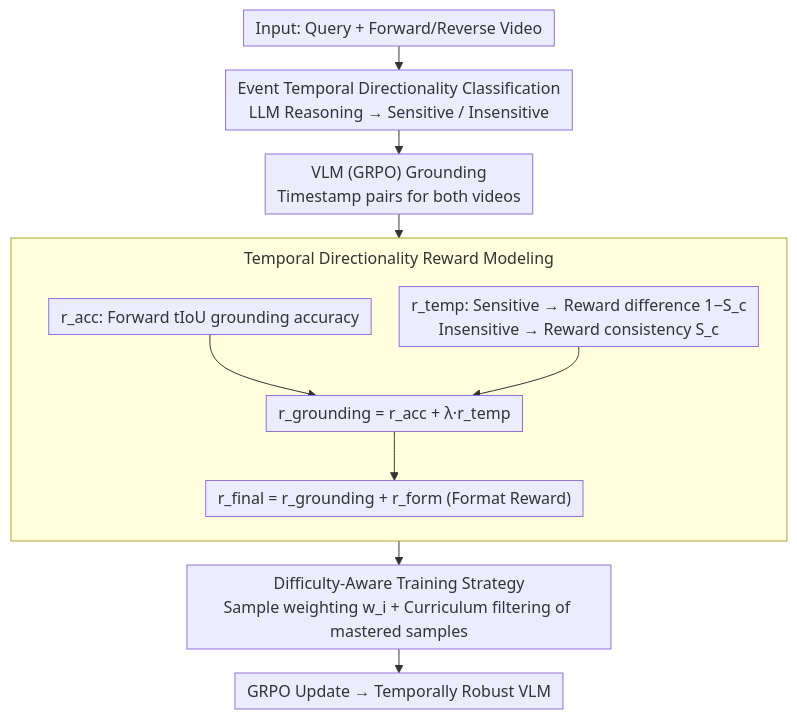
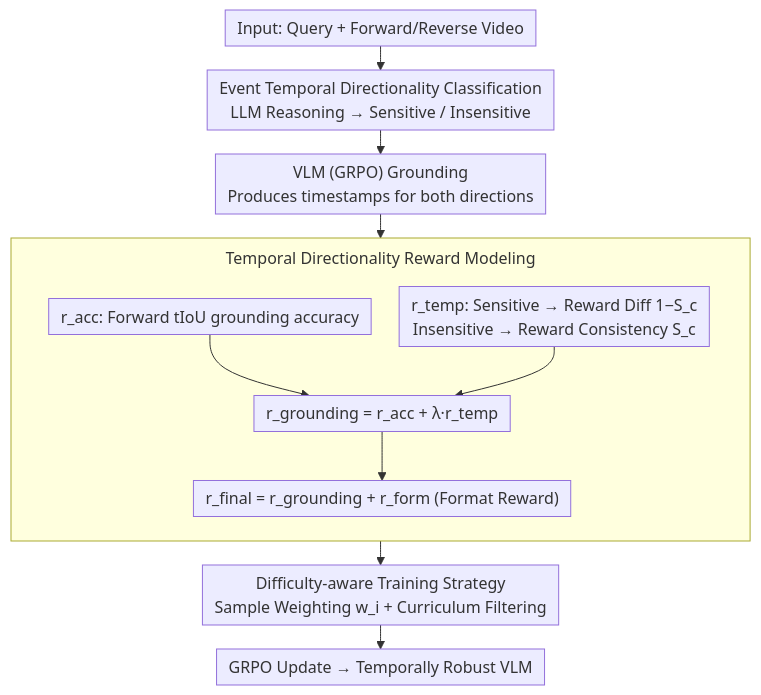
One commit to zhaoyang97/Paper-Notes-en changed the diagram in docs/ACL2026/vlm_reasoning/arrowgev_grounding_events_in_video_via_learning_the_arrow_of_time.md. Above: the diagram before and after it, drawn with Mermaid. The commit also changed other lines of this file and 5084 other files, not shown here.

````diff
--- a/docs/ACL2026/vlm_reasoning/arrowgev_grounding_events_in_video_via_learning_the_arrow_of_time.md
+++ b/docs/ACL2026/vlm_reasoning/arrowgev_grounding_events_in_video_via_learning_the_arrow_of_time.md
@@ -46,17 +46,17 @@
 ```mermaid
 %%{init: {'flowchart': {'rankSpacing': 24, 'nodeSpacing': 28, 'padding': 6, 'wrappingWidth': 400, 'subGraphTitleMargin': {'top': 8, 'bottom': 16}}}}%%
 flowchart TD
     A["Input: Query + Forward/Reverse Video"] --> B["Event Temporal Directionality Classification<br/>LLM Reasoning → Sensitive / Insensitive"]
-    B --> C["VLM (GRPO) Grounding<br/>Timestamp pairs for both videos"]
+    B --> C["VLM (GRPO) Grounding<br/>Produces timestamps for both directions"]
     C --> D
     subgraph D["Temporal Directionality Reward Modeling"]
         direction TB
         E["r_acc: Forward tIoU grounding accuracy"]
-        F["r_temp: Sensitive → Reward difference 1−S_c<br/>Insensitive → Reward consistency S_c"]
+        F["r_temp: Sensitive → Reward Diff 1−S_c<br/>Insensitive → Reward Consistency S_c"]
         E --> G["r_grounding = r_acc + λ·r_temp"]
         F --> G
         G --> H["r_final = r_grounding + r_form (Format Reward)"]
     end
-    D --> I["Difficulty-Aware Training Strategy<br/>Sample weighting w_i + Curriculum filtering of mastered samples"]
+    D --> I["Difficulty-aware Training Strategy<br/>Sample Weighting w_i + Curriculum Filtering"]
     I --> J["GRPO Update → Temporally Robust VLM"]
 ```
````
